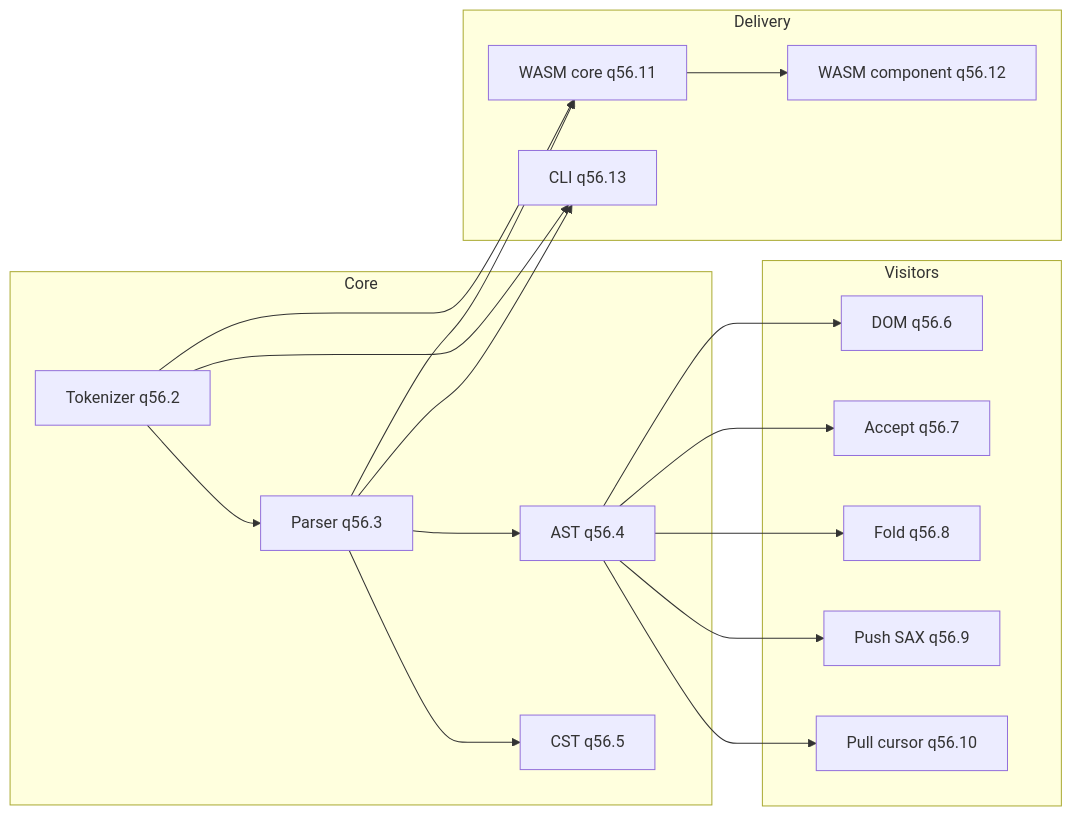
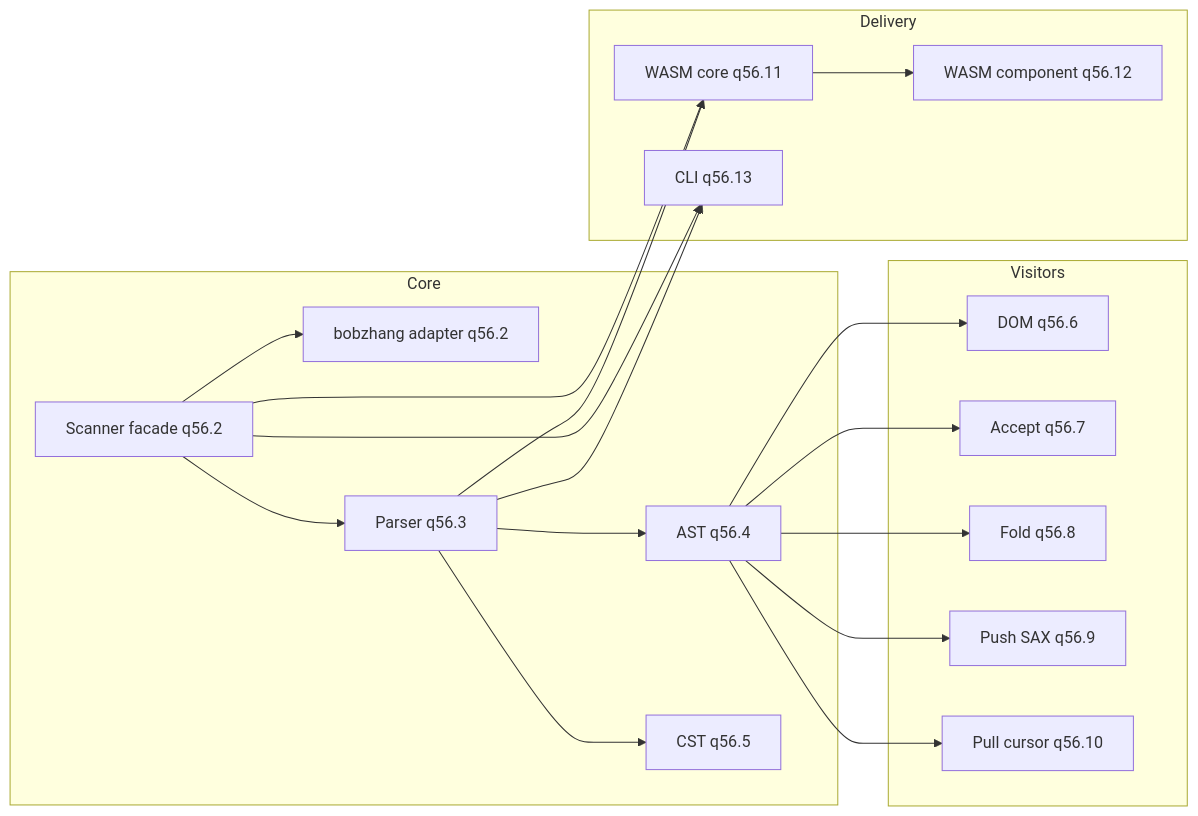
Before and after one commit to moonrockz/krueger: the diagram in docs/plans/elm-parser-initiative.md, drawn with Mermaid. The commit also changed other lines of this file and 4 other files, not shown here.

````diff
--- a/docs/plans/elm-parser-initiative.md
+++ b/docs/plans/elm-parser-initiative.md
@@ -26,33 +51,35 @@
 ```mermaid
 flowchart LR
   subgraph core [Core]
-    T[Tokenizer q56.2]
+    S[Scanner facade q56.2]
+    L[bobzhang adapter q56.2]
     P[Parser q56.3]
     A[AST q56.4]
     C[CST q56.5]
   end
   subgraph visitors [Visitors]
     V1[DOM q56.6]
     V2[Accept q56.7]
     V3[Fold q56.8]
     V4[Push SAX q56.9]
     V5[Pull cursor q56.10]
   end
   subgraph delivery [Delivery]
     Wc[WASM core q56.11]
     Wm[WASM component q56.12]
     CLI[CLI q56.13]
   end
-  T --> P --> A
+  S --> L
+  S --> P --> A
   P --> C
   A --> V1
   A --> V2
   A --> V3
   A --> V4
   A --> V5
-  T --> Wc
+  S --> Wc
   P --> Wc
   Wc --> Wm
-  T --> CLI
+  S --> CLI
   P --> CLI
 ```
````
